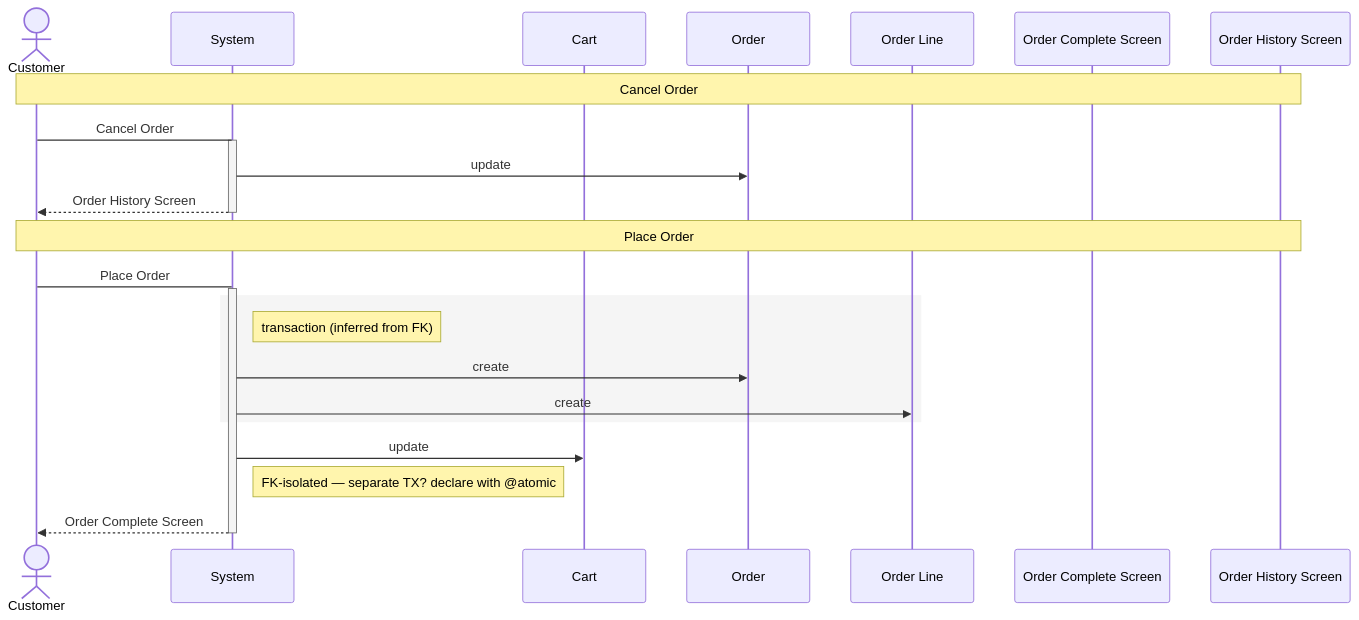
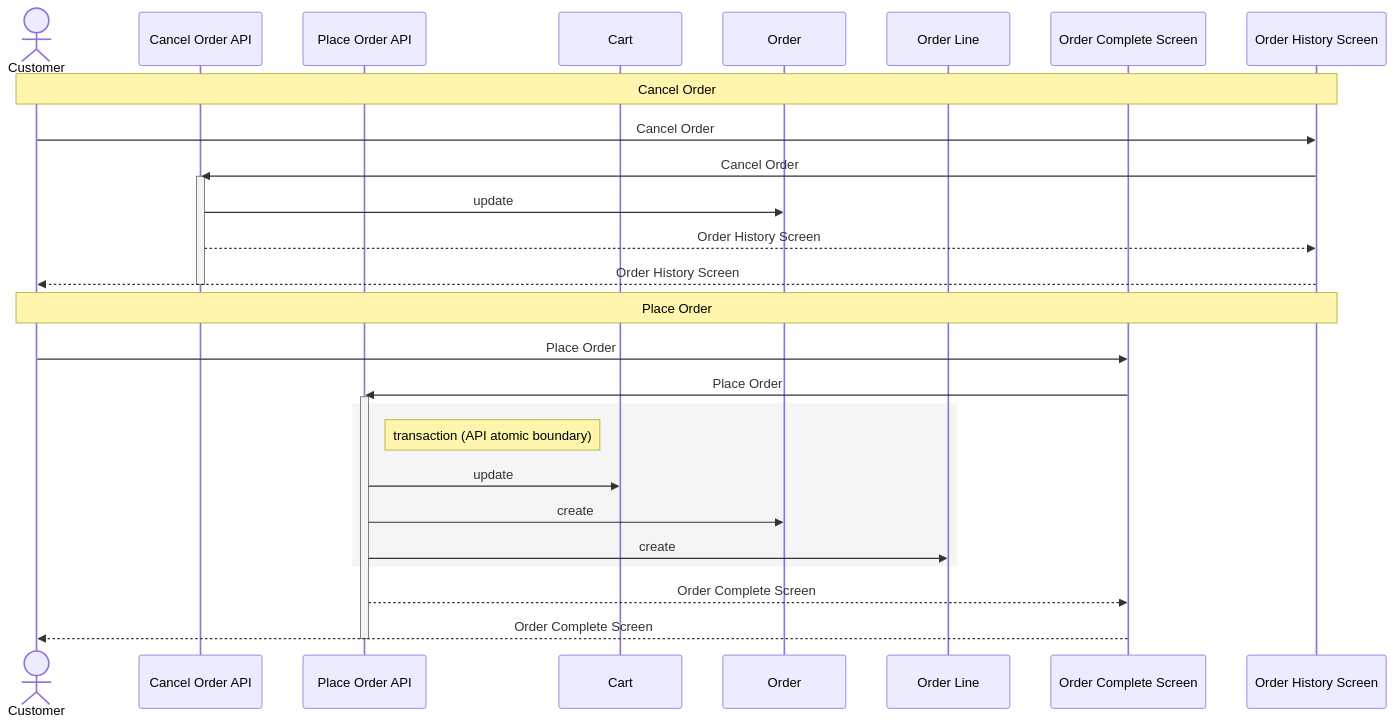
The fourth of 4 diagrams in README.md (manji-0/rdra-ish-dsl), drawn with Mermaid before and after one commit. The commit also changed other lines of this file, not shown here.

Commit message:
docs: update README sequence examples

````diff
--- a/README.md
+++ b/README.md
@@ -564,30 +624,34 @@
 ```mermaid
 sequenceDiagram
   actor Customer as Customer
-  participant System as System
+  participant CancelOrderApi as Cancel Order API
+  participant PlaceOrderApi as Place Order API
   participant Cart as Cart
   participant Order as Order
   participant OrderLine as Order Line
   participant OrderCompleteScreen as Order Complete Screen
   participant OrderHistoryScreen as Order History Screen
 
   Note over Customer,OrderHistoryScreen: Cancel Order
-  Customer->System: Cancel Order
-  activate System
-  System->>Order: update
-  System-->>Customer: Order History Screen
-  deactivate System
+  Customer->>OrderHistoryScreen: Cancel Order
+  OrderHistoryScreen->>CancelOrderApi: Cancel Order
+  activate CancelOrderApi
+  CancelOrderApi->>Order: update
+  CancelOrderApi-->>OrderHistoryScreen: Order History Screen
+  OrderHistoryScreen-->>Customer: Order History Screen
+  deactivate CancelOrderApi
 
   Note over Customer,OrderHistoryScreen: Place Order
-  Customer->System: Place Order
-  activate System
+  Customer->>OrderCompleteScreen: Place Order
+  OrderCompleteScreen->>PlaceOrderApi: Place Order
+  activate PlaceOrderApi
   rect rgb(245,245,245)
-    Note right of System: transaction (inferred from FK)
-    System->>Order: create
-    System->>OrderLine: create
+    Note right of PlaceOrderApi: transaction (API atomic boundary)
+    PlaceOrderApi->>Cart: update
+    PlaceOrderApi->>Order: create
+    PlaceOrderApi->>OrderLine: create
   end
-  System->>Cart: update
-  Note right of System: FK-isolated — separate TX? declare with @atomic
-  System-->>Customer: Order Complete Screen
-  deactivate System
+  PlaceOrderApi-->>OrderCompleteScreen: Order Complete Screen
+  OrderCompleteScreen-->>Customer: Order Complete Screen
+  deactivate PlaceOrderApi
 ```
````
